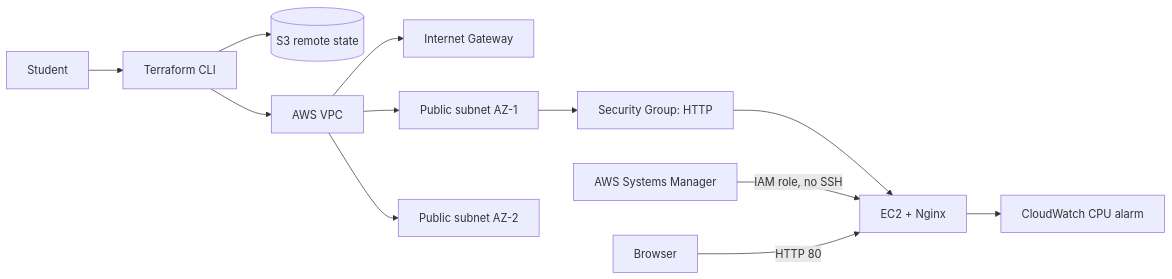
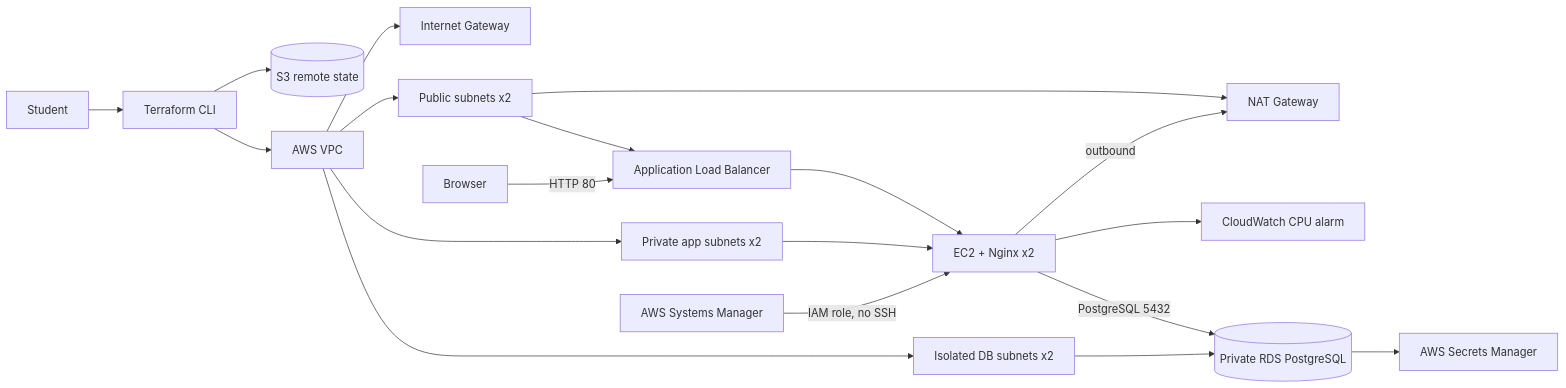
The diagram in README.md (nrysbek-git/terraform-aws-teacher), drawn with Mermaid before and after one commit. The commit also changed other lines of this file and 14 other files, not shown here.

````diff
--- a/README.md
+++ b/README.md
@@ -15,14 +20,21 @@
 ```mermaid
 flowchart LR
   STUDENT[Student] --> TF[Terraform CLI]
   TF --> S3[(S3 remote state)]
   TF --> VPC[AWS VPC]
   VPC --> IGW[Internet Gateway]
-  VPC --> S1[Public subnet AZ-1]
-  VPC --> S2[Public subnet AZ-2]
-  S1 --> SG[Security Group: HTTP]
-  SG --> EC2[EC2 + Nginx]
+  VPC --> PUB[Public subnets x2]
+  VPC --> APP[Private app subnets x2]
+  VPC --> DBNET[Isolated DB subnets x2]
+  PUB --> NAT[NAT Gateway]
+  PUB --> ALB[Application Load Balancer]
+  USER[Browser] -->|HTTP 80| ALB
+  ALB --> EC2[EC2 + Nginx x2]
+  APP --> EC2
+  EC2 -->|outbound| NAT
   SSM[AWS Systems Manager] -->|IAM role, no SSH| EC2
   EC2 --> CW[CloudWatch CPU alarm]
-  USER[Browser] -->|HTTP 80| EC2
+  EC2 -->|PostgreSQL 5432| RDS[(Private RDS PostgreSQL)]
+  DBNET --> RDS
+  RDS --> SM[AWS Secrets Manager]
 ```
````
